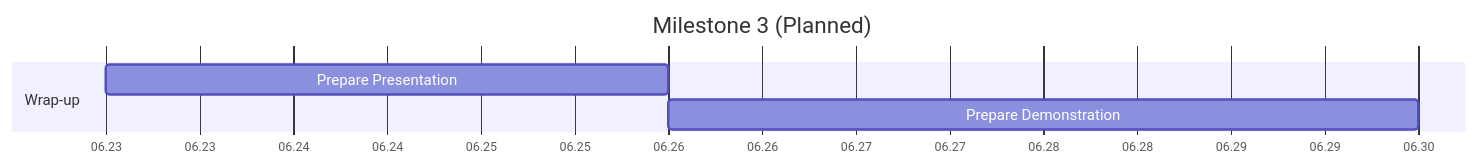
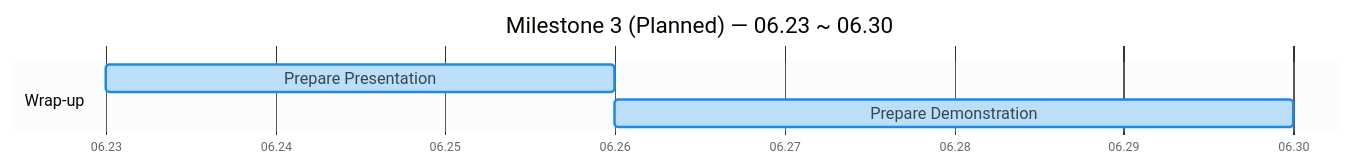
Before and after one commit to lgcmu2026-team5/TimeGrapher-Docs: the third of 3 diagrams in Milestone1/Presentation/en/Milestone1_1-Project-Plan.md, drawn with Mermaid. The commit also changed other lines of this file and 1 other file, not shown here.

First line of the commit message:
Restyle Project Plan Gantt charts and unify status markers

````diff
--- a/Milestone1/Presentation/en/Milestone1_1-Project-Plan.md
+++ b/Milestone1/Presentation/en/Milestone1_1-Project-Plan.md
@@ -80,11 +83,13 @@
 ```mermaid
-%%{init: {"gantt": {"useWidth": 1200, "barHeight": 24, "fontSize": 12, "sectionFontSize": 12}}}%%
+%%{init: {"theme":"base","themeVariables":{"fontSize":"14px","taskBkgColor":"#BBDEFB","taskBorderColor":"#1E88E5","taskTextDarkColor":"#1A2733","taskTextOutsideColor":"#37474F","activeTaskBkgColor":"#FFE082","activeTaskBorderColor":"#F9A825","doneTaskBkgColor":"#A5D6A7","doneTaskBorderColor":"#388E3C","sectionBkgColor":"#E8EEF7","altSectionBkgColor":"#FFFFFF","sectionBkgColor2":"#E8EEF7","todayLineColor":"#E53935","gridColor":"#CFD8DC","textColor":"#37474F"},"gantt":{"useWidth":1100,"barHeight":22,"barGap":6,"topPadding":50,"fontSize":13,"sectionFontSize":13,"numberSectionStyles":2}}}%%
 gantt
-    title Milestone 3 (Planned)
+    title Milestone 3 (Planned) — 06.23 ~ 06.30
     dateFormat YYYY-MM-DD
     axisFormat %m.%d
+    tickInterval 1day
+    todayMarker off
 
     section Wrap-up
     Prepare Presentation          :2026-06-23, 2026-06-26
     Prepare Demonstration         :2026-06-26, 2026-06-30
 ```
````
